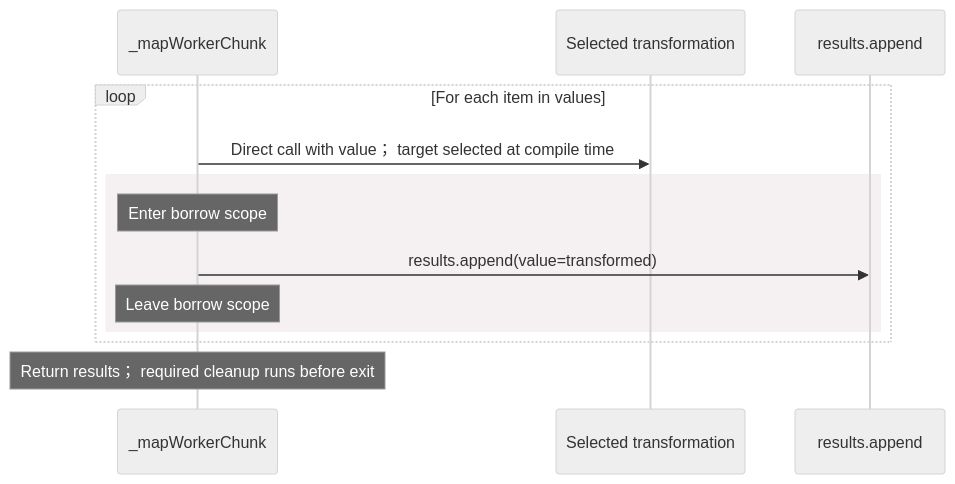
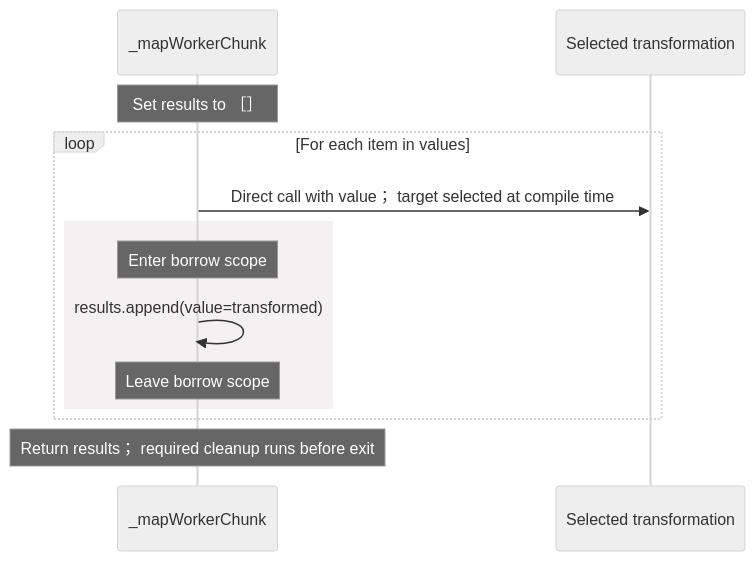
Before and after one commit to GreenPandaStudios/augscript: the fourth of 4 diagrams in src/stdlib/collections/workers.aug.diagrams.md, drawn with Mermaid (neutral theme). The commit also changed other lines of this file and 304 other files, not shown here.

Commit message:
Make generated data-flow sequences concise and review every diagram

````diff
--- a/src/stdlib/collections/workers.aug.diagrams.md
+++ b/src/stdlib/collections/workers.aug.diagrams.md
@@ -112,15 +121,15 @@
 ```mermaid
 sequenceDiagram
     participant p0 as _mapWorkerChunk
     participant p1 as Selected transformation
-    participant p2 as results.append
+    Note over p0: Set results to ［］
     loop For each item in values
     p0->>p1: Direct call with value； target selected at compile time
     rect rgb(245, 240, 241)
     Note over p0: Enter borrow scope
-    p0->>p2: results.append(value=transformed)
+    p0->>p0: results.append(value=transformed)
     Note over p0: Leave borrow scope
     end
     end
     Note over p0: Return results； required cleanup runs before exit
 ```
````
